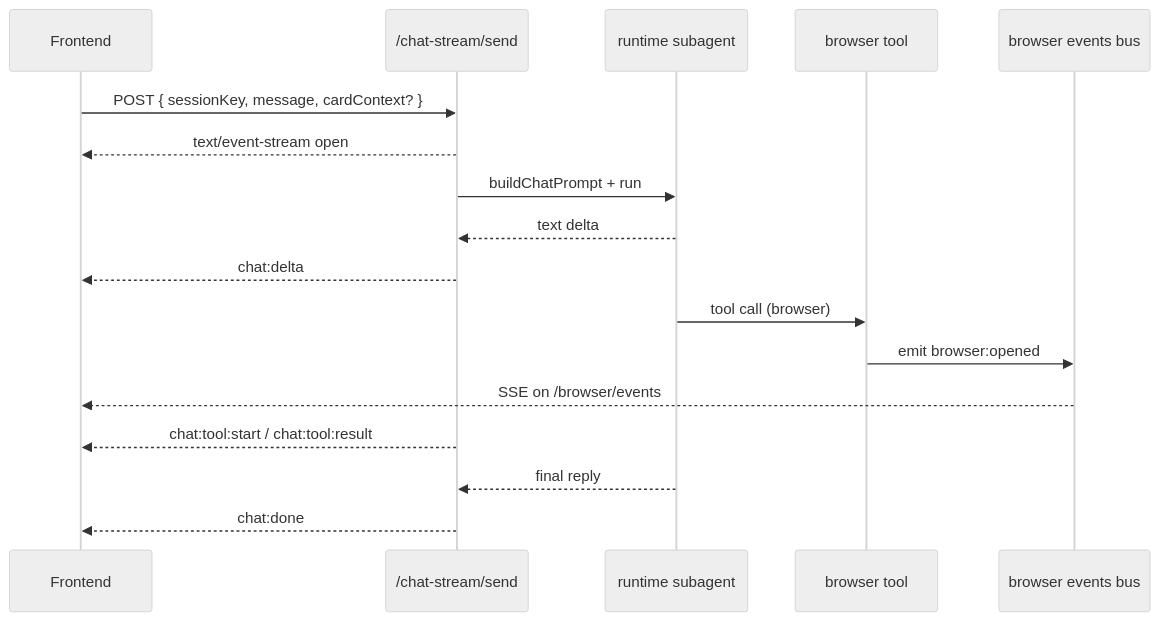
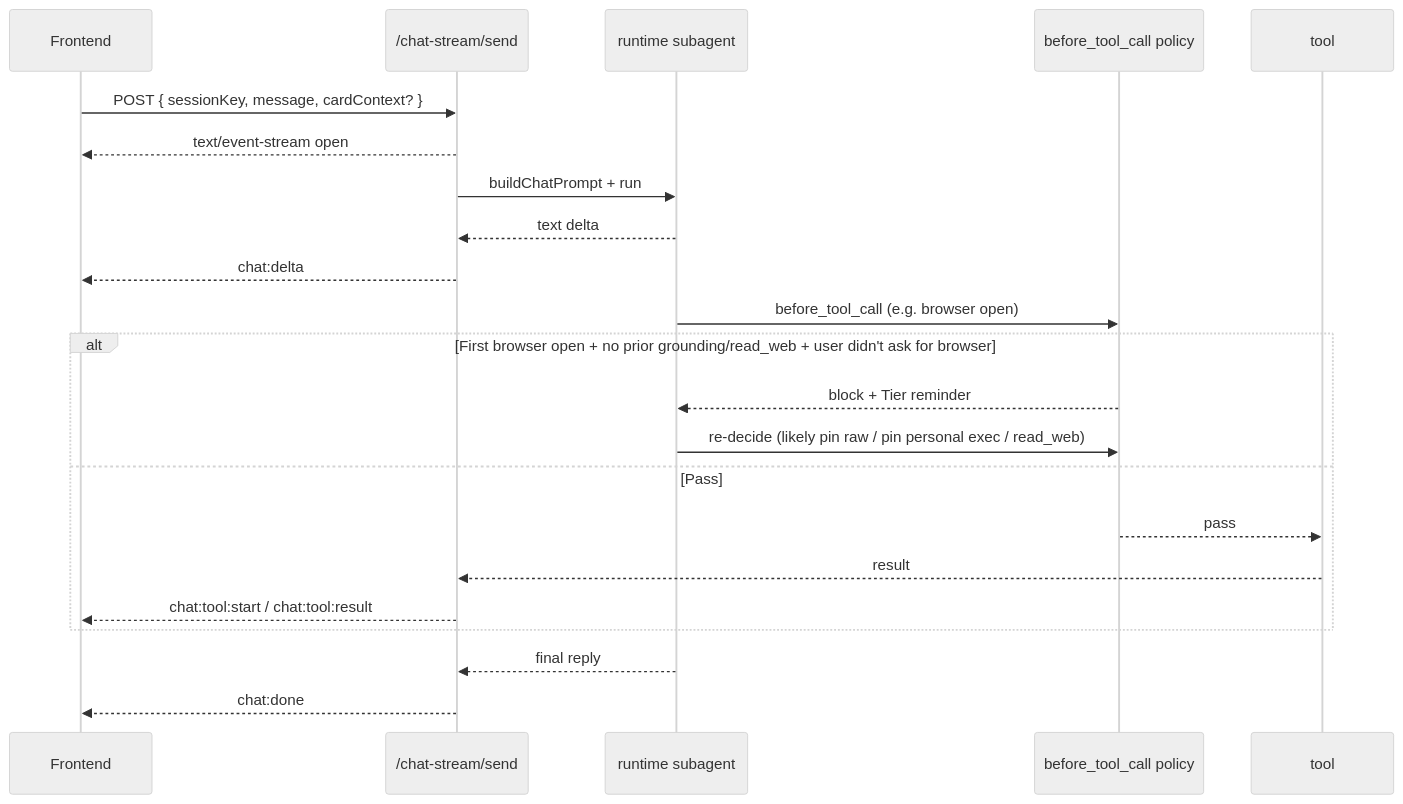
The second of 2 diagrams in docs/modules/execution.mdx (Edge-AI-HQ/proactive-assistant), drawn with Mermaid (neutral theme) before and after one commit. The commit also changed other lines of this file and 25 other files, not shown here.

First line of the commit message:
feat(execution): centralize tool policy gates

````diff
--- a/docs/modules/execution.mdx
+++ b/docs/modules/execution.mdx
@@ -53,20 +70,25 @@
 ```mermaid
 sequenceDiagram
   participant FE as Frontend
   participant Chat as /chat-stream/send
   participant Agent as runtime subagent
-  participant Tool as browser tool
-  participant BBus as browser events bus
+  participant Policy as before_tool_call policy
+  participant Tool as tool
 
   FE->>Chat: POST { sessionKey, message, cardContext? }
   Chat-->>FE: text/event-stream open
   Chat->>Agent: buildChatPrompt + run
   Agent-->>Chat: text delta
   Chat-->>FE: chat:delta
-  Agent->>Tool: tool call (browser)
-  Tool->>BBus: emit browser:opened
-  BBus-->>FE: SSE on /browser/events
-  Chat-->>FE: chat:tool:start / chat:tool:result
+  Agent->>Policy: before_tool_call (e.g. browser open)
+  alt First browser open + no prior grounding/read_web + user didn't ask for browser
+    Policy-->>Agent: block + Tier reminder
+    Agent->>Policy: re-decide (likely pin raw / pin personal exec / read_web)
+  else Pass
+    Policy-->>Tool: pass
+    Tool-->>Chat: result
+    Chat-->>FE: chat:tool:start / chat:tool:result
+  end
   Agent-->>Chat: final reply
   Chat-->>FE: chat:done
 ```
````
